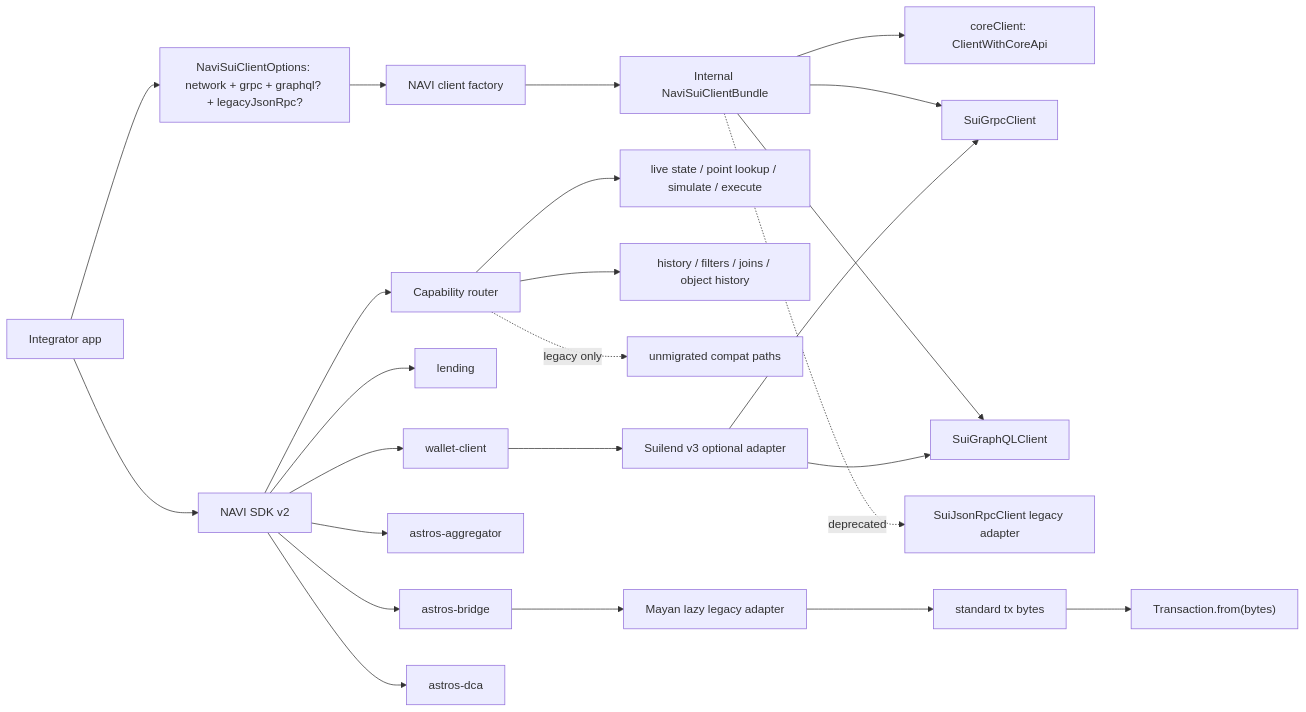
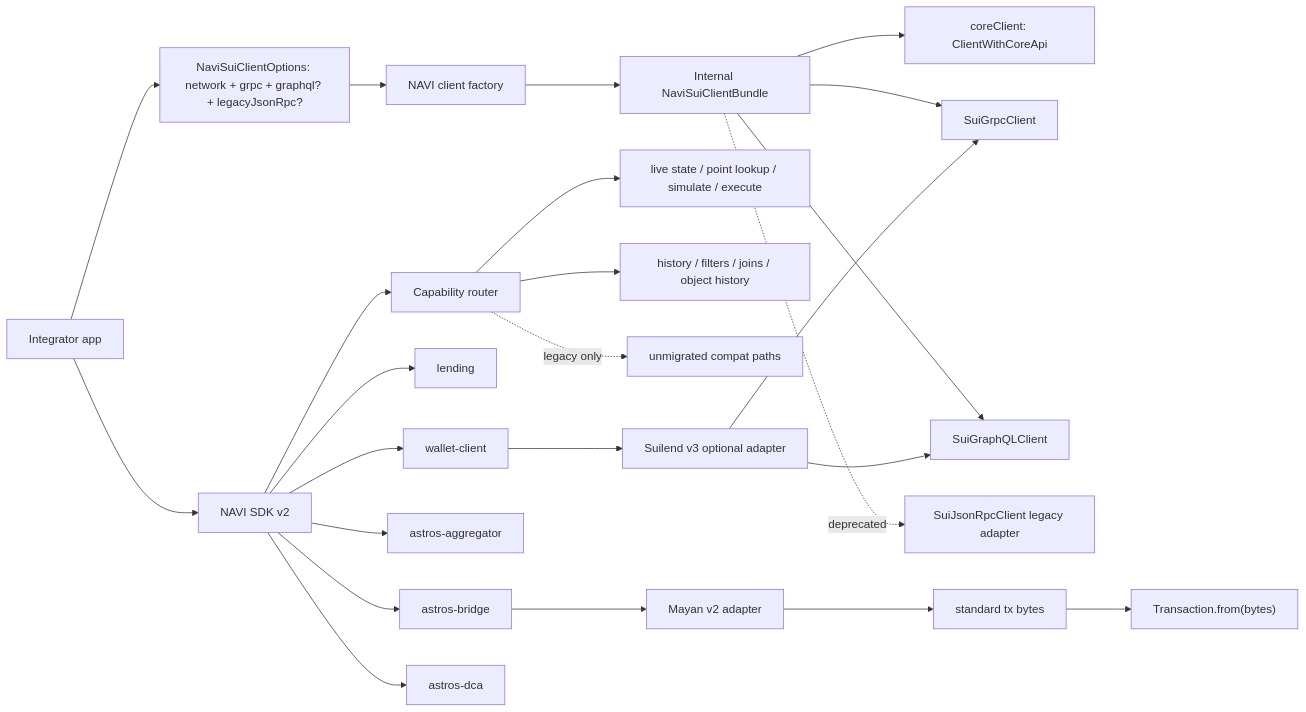
Before and after one commit to naviprotocol/naviprotocol-monorepo: the first of 4 diagrams in docs/sui-sdk-v2-upgrade/grpc-adaptation-technical-design.md, drawn with Mermaid. The commit also changed other lines of this file, not shown here.

````diff
--- a/docs/sui-sdk-v2-upgrade/grpc-adaptation-technical-design.md
+++ b/docs/sui-sdk-v2-upgrade/grpc-adaptation-technical-design.md
@@ -115,31 +218,31 @@
 ```mermaid
 flowchart LR
   App["Integrator app"] --> SDK["NAVI SDK v2"]
   App --> Options["NaviSuiClientOptions: network + grpc + graphql? + legacyJsonRpc?"]
   Options --> Factory["NAVI client factory"]
   Factory --> Bundle["Internal NaviSuiClientBundle"]
 
   Bundle --> Core["coreClient: ClientWithCoreApi"]
   Bundle --> Grpc["SuiGrpcClient"]
   Bundle --> Gql["SuiGraphQLClient"]
   Bundle -.deprecated.-> JsonRpc["SuiJsonRpcClient legacy adapter"]
 
   SDK --> Router["Capability router"]
   Router --> GrpcPath["live state / point lookup / simulate / execute"]
   Router --> GqlPath["history / filters / joins / object history"]
   Router -.legacy only.-> JsonRpcPath["unmigrated compat paths"]
 
   SDK --> Lending["lending"]
   SDK --> Wallet["wallet-client"]
   SDK --> Aggregator["astros-aggregator"]
   SDK --> Bridge["astros-bridge"]
   SDK --> DCA["astros-dca"]
 
   Wallet --> Suilend["Suilend v3 optional adapter"]
   Suilend --> Grpc
   Suilend --> Gql
 
-  Bridge --> Mayan["Mayan lazy legacy adapter"]
+  Bridge --> Mayan["Mayan v2 adapter"]
   Mayan --> Bytes["standard tx bytes"]
   Bytes --> TxV2["Transaction.from(bytes)"]
 ```
````
